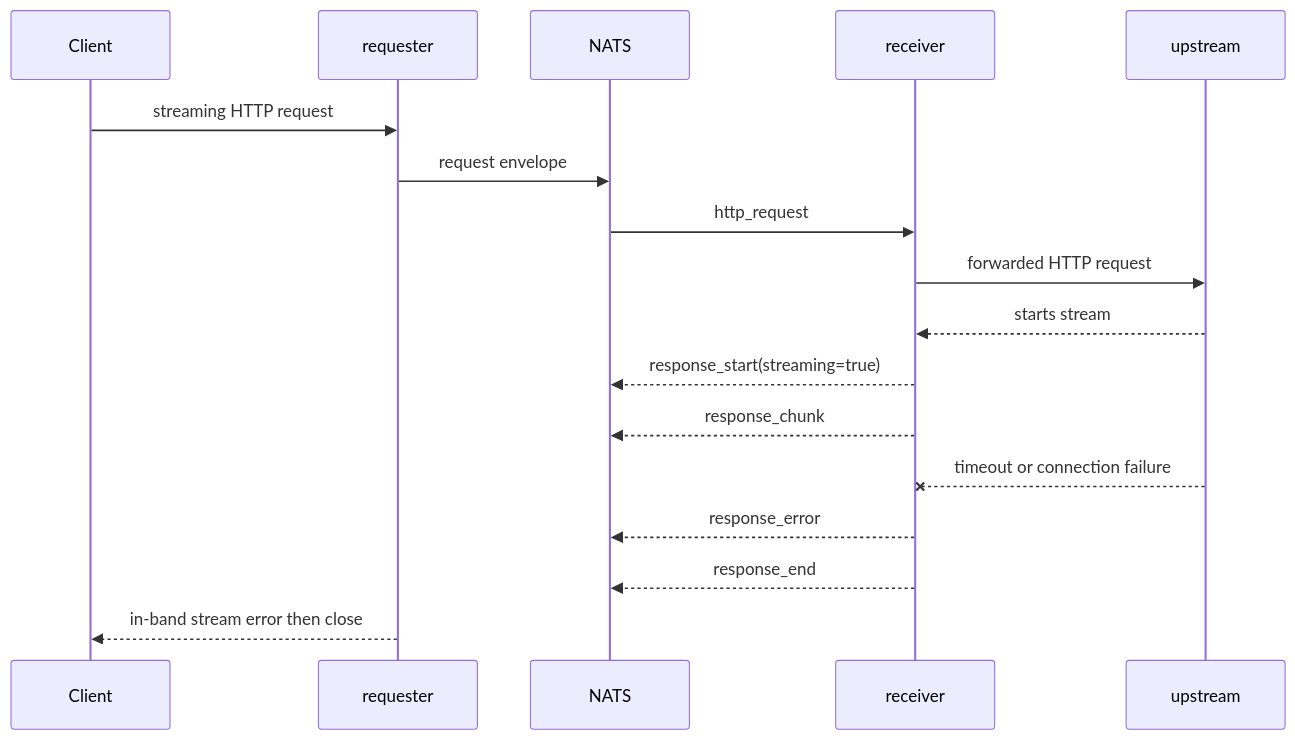
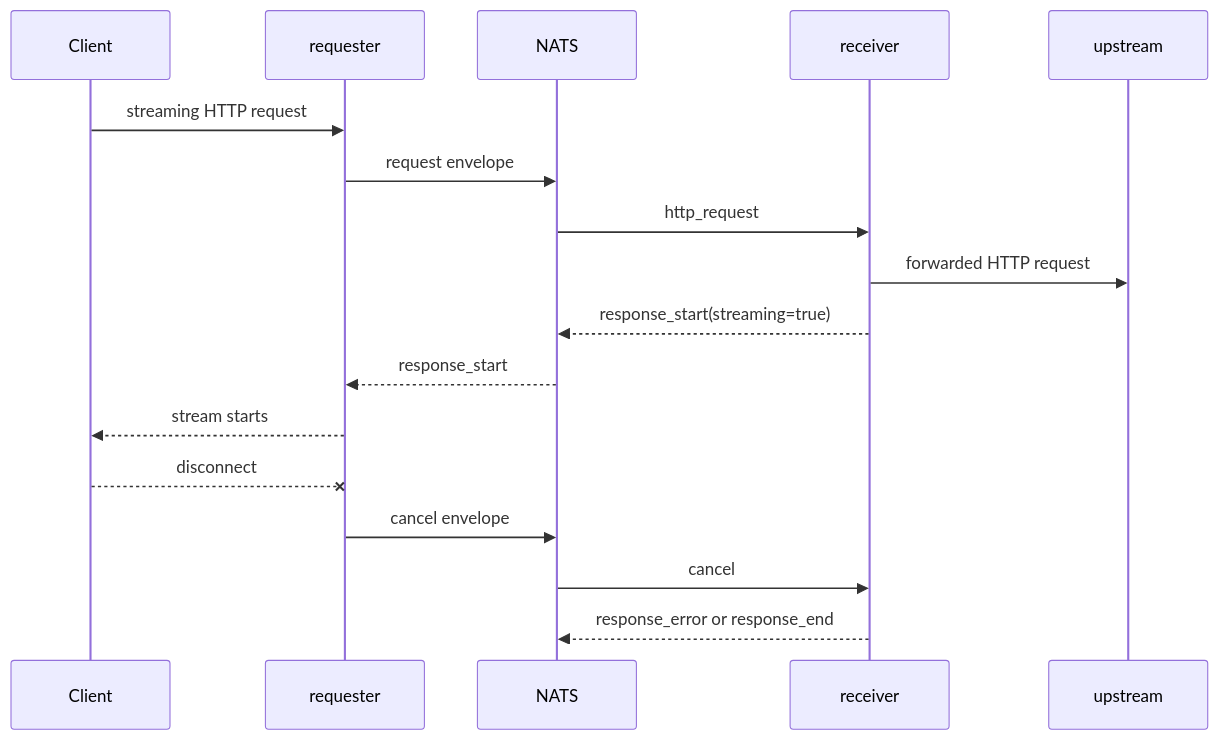
One commit to artyomb/nats-proxy changed the third of 3 diagrams in docs-site/src/content/docs/architecture/bridge-protocol.md. Above: the diagram before and after it, drawn with Mermaid. The commit also changed other lines of this file and 21 other files, not shown here.

````diff
--- a/docs-site/src/content/docs/architecture/bridge-protocol.md
+++ b/docs-site/src/content/docs/architecture/bridge-protocol.md
@@ -97,20 +143,20 @@
 ```mermaid
 sequenceDiagram
   participant Client
   participant Req as requester
   participant NATS
   participant Rec as receiver
   participant Up as upstream
 
   Client->>Req: streaming HTTP request
   Req->>NATS: request envelope
   NATS->>Rec: http_request
   Rec->>Up: forwarded HTTP request
-  Up-->>Rec: starts stream
   Rec-->>NATS: response_start(streaming=true)
-  Rec-->>NATS: response_chunk
-  Up--xRec: timeout or connection failure
-  Rec-->>NATS: response_error
-  Rec-->>NATS: response_end
-  Req-->>Client: in-band stream error then close
+  NATS-->>Req: response_start
+  Req-->>Client: stream starts
+  Client--xReq: disconnect
+  Req->>NATS: cancel envelope
+  NATS->>Rec: cancel
+  Rec-->>NATS: response_error or response_end
 ```
````
